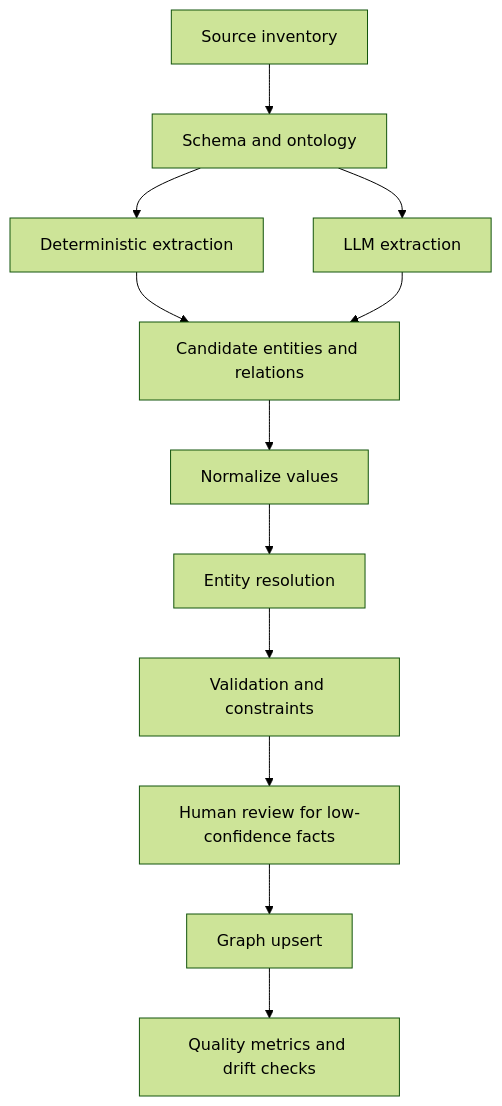
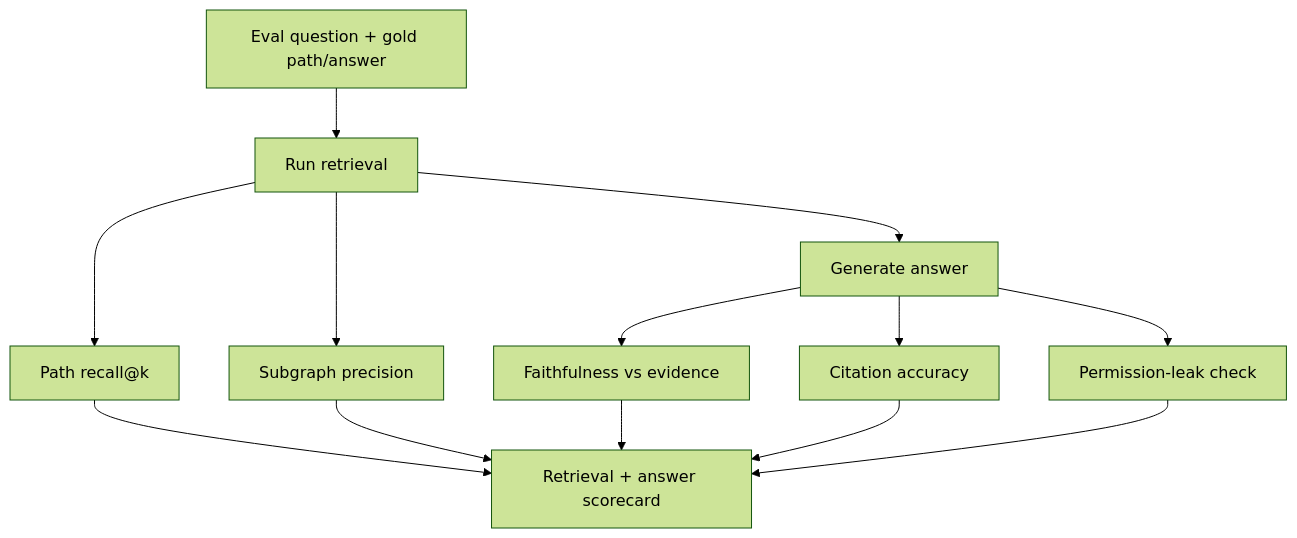
Diagram 14 of 20 in modules/Module 23 - Knowledge Graphs And GraphRAG Systems.md (gptformlandai/Gen-AI), drawn with Mermaid (forest theme) before and after one commit. The commit also changed other lines of this file and 1 other file, not shown here.

````diff
--- a/modules/Module 23 - Knowledge Graphs And GraphRAG Systems.md
+++ b/modules/Module 23 - Knowledge Graphs And GraphRAG Systems.md
@@ -293,14 +3253,11 @@
 ```mermaid
 flowchart TD
-    A[Source inventory] --> B[Schema and ontology]
-    B --> C[Deterministic extraction]
-    B --> D[LLM extraction]
-    C --> E[Candidate entities and relations]
-    D --> E
-    E --> F[Normalize values]
-    F --> G[Entity resolution]
-    G --> H[Validation and constraints]
-    H --> I[Human review for low-confidence facts]
-    I --> J[Graph upsert]
-    J --> K[Quality metrics and drift checks]
+    Q[Eval question + gold path/answer] --> Ret[Run retrieval]
+    Ret --> PR[Path recall@k]
+    Ret --> SP[Subgraph precision]
+    Ret --> Gen[Generate answer]
+    Gen --> F[Faithfulness vs evidence]
+    Gen --> C[Citation accuracy]
+    Gen --> Perm[Permission-leak check]
+    PR & SP & F & C & Perm --> Score[Retrieval + answer scorecard]
 ```
````
